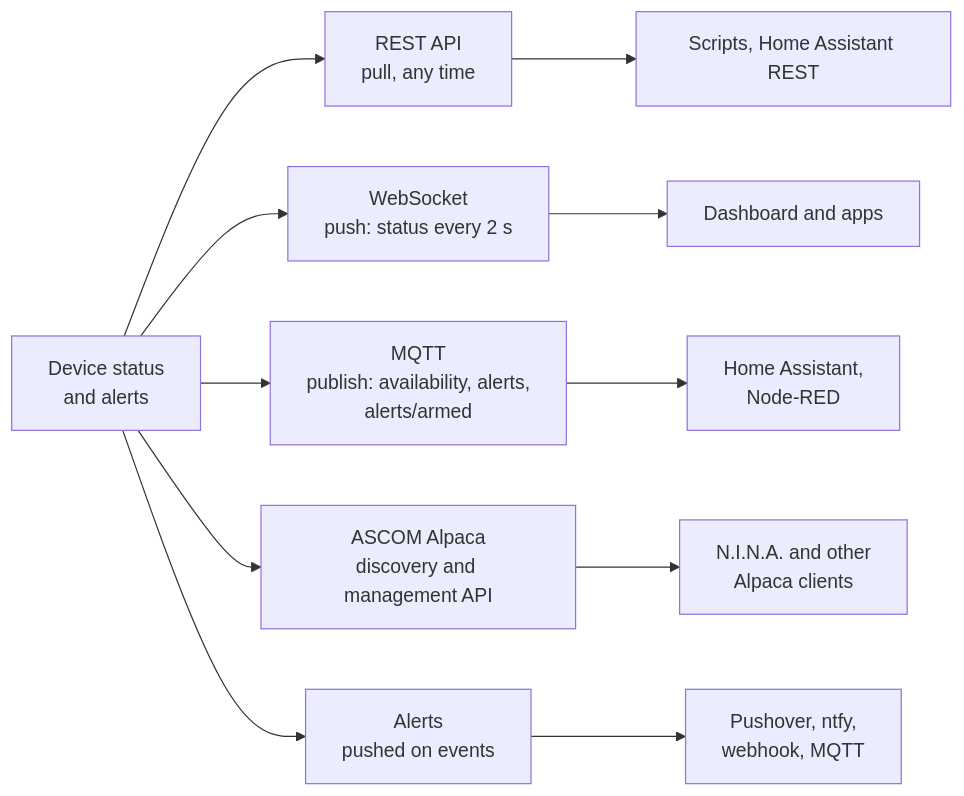
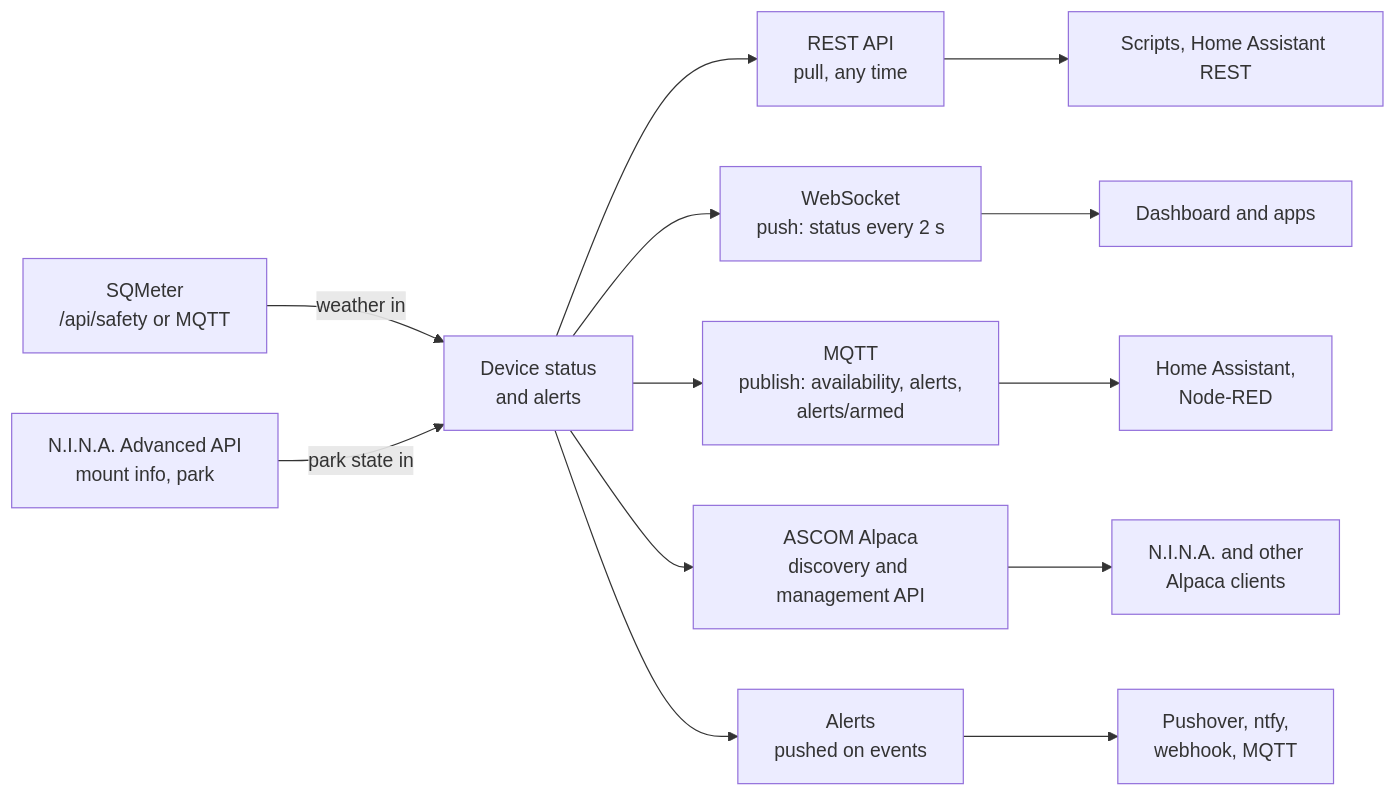
One commit to DeanJ87/RoofRoof changed the diagram in docs/api/integrations.md. Above: the diagram before and after it, drawn with Mermaid. The commit also changed other lines of this file and 28 other files, not shown here.

Commit message:
004: SQMeter and N.I.N.A. pollers, MQTT safety topics, verdict logging; docs, diagrams, schemas

````diff
--- a/docs/api/integrations.md
+++ b/docs/api/integrations.md
@@ -18,16 +18,18 @@
 ```mermaid
 flowchart LR
     accTitle: Integration paths
-    accDescr: The device status feeds four paths. REST is pulled by scripts; WebSocket pushes the status live to the dashboard and apps; MQTT publishes availability and alerts to a broker for Home Assistant; Alpaca answers discovery and the management API for N.I.N.A. and other clients; alerts are pushed to phones and services.
+    accDescr: The device status feeds four paths. REST is pulled by scripts; WebSocket pushes the status live to the dashboard and apps; MQTT publishes availability and alerts to a broker for Home Assistant; Alpaca answers discovery and the management API for N.I.N.A. and other clients; alerts are pushed to phones and services. Inbound, the device reads SQMeter's weather verdict and N.I.N.A.'s mount state.
     DATA["Device status<br/>and alerts"]
     DATA --> REST["REST API<br/>pull, any time"]
     DATA --> WS["WebSocket<br/>push: status every 2 s"]
     DATA --> MQTT["MQTT<br/>publish: availability, alerts,<br/>alerts/armed"]
     DATA --> ALPACA["ASCOM Alpaca<br/>discovery and management API"]
     DATA --> ALERTS["Alerts<br/>pushed on events"]
     REST --> SCRIPTS["Scripts, Home Assistant REST"]
     WS --> UI["Dashboard and apps"]
     MQTT --> HA["Home Assistant,<br/>Node-RED"]
     ALPACA --> NINA["N.I.N.A. and other<br/>Alpaca clients"]
     ALERTS --> PHONES["Pushover, ntfy,<br/>webhook, MQTT"]
+    SQM["SQMeter<br/>/api/safety or MQTT"] -->|weather in| DATA
+    NAPI["N.I.N.A. Advanced API<br/>mount info, park"] -->|park state in| DATA
 ```
````
